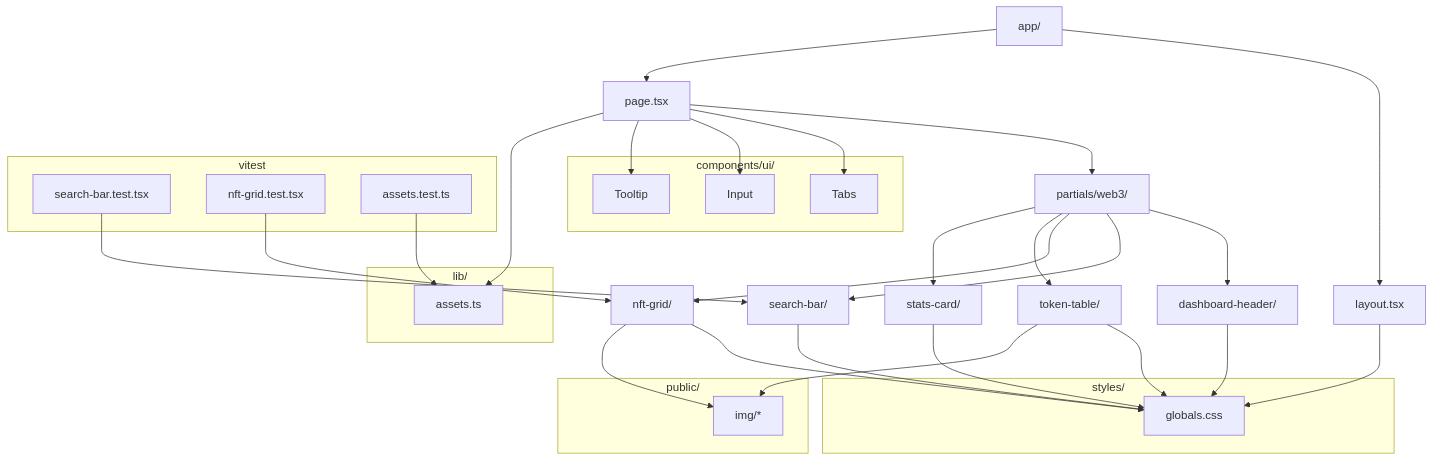
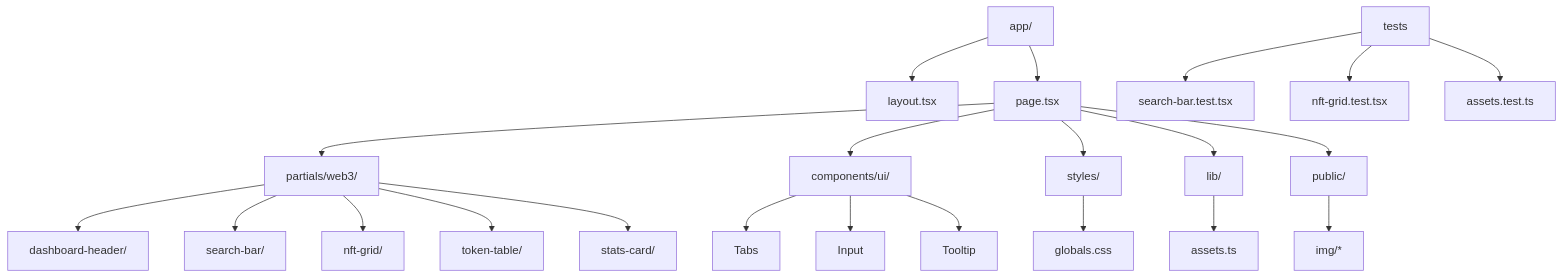
One commit to ChainsQueenEth/web3dashboard changed the diagram in README.md. Above: the diagram before and after it, drawn with Mermaid.

Commit message:
docs: simplify component dependency diagram in README

````diff
--- a/README.md
+++ b/README.md
@@ -101,54 +101,24 @@
 ```mermaid
 graph TD
   A[app/] --> A1[layout.tsx]
   A --> A2[page.tsx]
-
   A2 --> P[partials/web3/]
   P --> PH[dashboard-header/]
   P --> PS[search-bar/]
   P --> PN[nft-grid/]
   P --> PT[token-table/]
   P --> PC[stats-card/]
-
-  subgraph UI[components/ui/]
-    UIT[Tabs]
-    UII[Input]
-    UITooltip[Tooltip]
-  end
-
-  subgraph Styles[styles/]
-    GS[globals.css]
-  end
-
-  subgraph Lib[lib/]
-    L1[assets.ts]
-  end
-
-  subgraph Public[public/]
-    IMG[img/*]
-  end
-
-  %% Page composes partials and UI primitives
-  A2 --> UIT
-  A2 --> UII
-  A2 --> UITooltip
-  PH --> GS
-  PS --> GS
-  PN --> GS
-  PT --> GS
-  PC --> GS
-  A1 --> GS
-  PN --> IMG
-  PT --> IMG
-  A2 --> L1
-
-  %% Tests
-  subgraph Tests[vitest]
-    T1[search-bar.test.tsx]
-    T2[nft-grid.test.tsx]
-    T3[assets.test.ts]
-  end
-  T1 --> PS
-  T2 --> PN
-  T3 --> L1
+  A2 --> UI[components/ui/]
+  UI --> UIT[Tabs]
+  UI --> UII[Input]
+  UI --> UITt[Tooltip]
+  A2 --> STY[styles/]
+  STY --> GS[globals.css]
+  A2 --> LIB[lib/]
+  LIB --> L1[assets.ts]
+  A2 --> PUB[public/]
+  PUB --> IMG[img/*]
+  T[tests] --> T1[search-bar.test.tsx]
+  T --> T2[nft-grid.test.tsx]
+  T --> T3[assets.test.ts]
 ```
````
